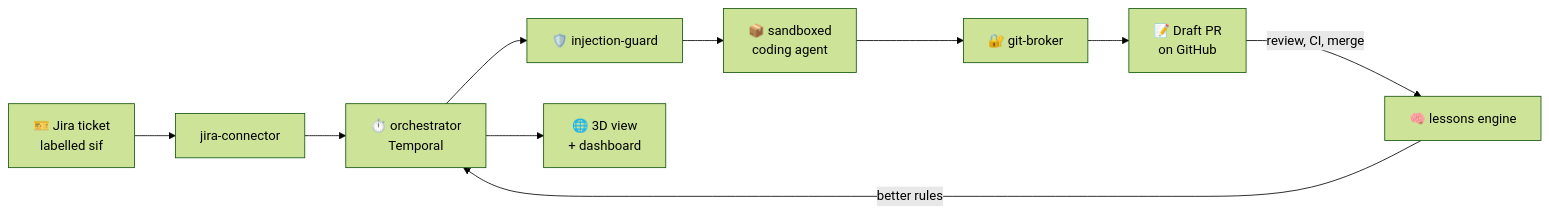
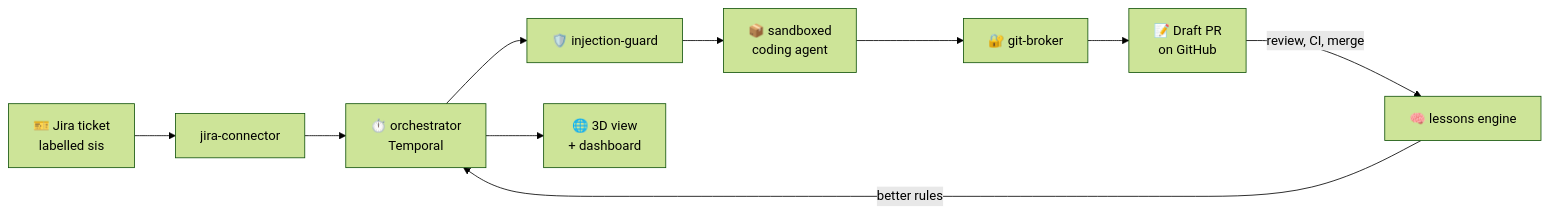
Before and after one commit to kuttybuski/sis-factory: the diagram in README.md, drawn with Mermaid (forest theme). The commit also changed other lines of this file and 203 other files, not shown here.

````diff
--- a/README.md
+++ b/README.md
@@ -49,12 +49,12 @@
 ```mermaid
 flowchart LR
-    J[🎫 Jira ticket<br/>labelled sif] --> C[jira-connector]
+    J[🎫 Jira ticket<br/>labelled sis] --> C[jira-connector]
     C --> O[⏱️ orchestrator<br/>Temporal]
     O --> G[🛡️ injection-guard]
     G --> S[📦 sandboxed<br/>coding agent]
     S --> B[🔐 git-broker]
     B --> PR[📝 Draft PR<br/>on GitHub]
     PR -- review, CI, merge --> L[🧠 lessons engine]
     L -- better rules --> O
     O --> V[🌐 3D view<br/>+ dashboard]
 ```
````
